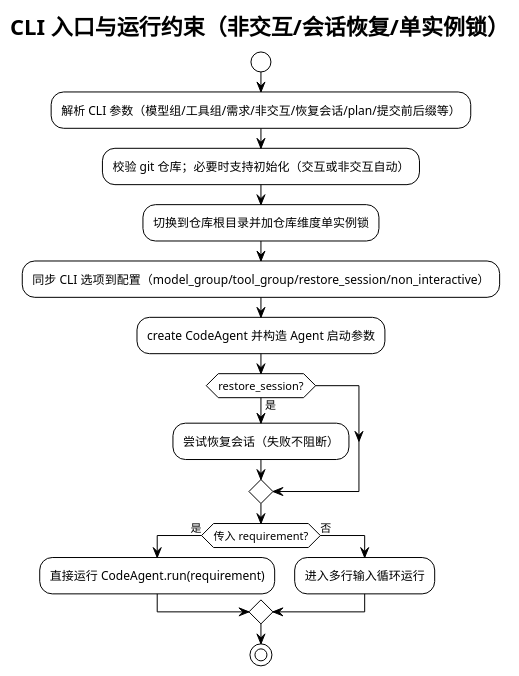
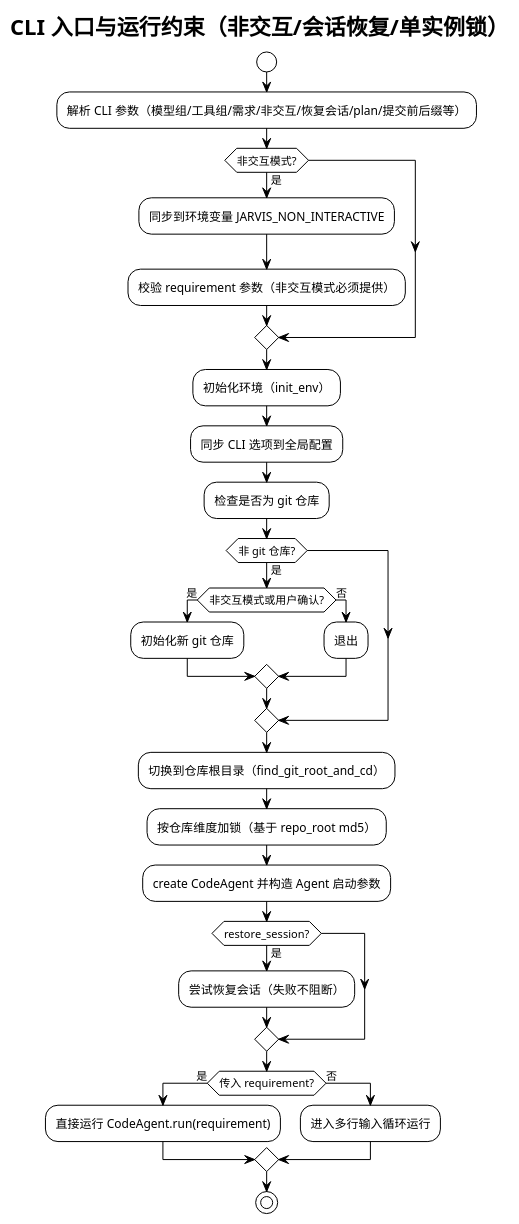
Diagram 27 of 60 in 技术报告.md (skyfireitdiy/Jarvis), drawn with PlantUML before and after one commit. The commit also changed other lines of this file, not shown here.

````diff
--- a/技术报告.md
+++ b/技术报告.md
@@ -1564,22 +1684,35 @@
 ```plantuml
 @startuml
 !theme plain
 title CLI 入口与运行约束（非交互/会话恢复/单实例锁）
 
 start
 :解析 CLI 参数（模型组/工具组/需求/非交互/恢复会话/plan/提交前后缀等）;
-:校验 git 仓库；必要时支持初始化（交互或非交互自动）;
-:切换到仓库根目录并加仓库维度单实例锁;
-:同步 CLI 选项到配置（model_group/tool_group/restore_session/non_interactive）;
+if (非交互模式?) then (是)
+  :同步到环境变量 JARVIS_NON_INTERACTIVE;
+  :校验 requirement 参数（非交互模式必须提供）;
+endif
+:初始化环境（init_env）;
+:同步 CLI 选项到全局配置;
+:检查是否为 git 仓库;
+if (非 git 仓库?) then (是)
+  if (非交互模式或用户确认?) then (是)
+    :初始化新 git 仓库;
+  else (否)
+    :退出;
+  endif
+endif
+:切换到仓库根目录（find_git_root_and_cd）;
+:按仓库维度加锁（基于 repo_root md5）;
 :create CodeAgent 并构造 Agent 启动参数;
 if (restore_session?) then (是)
   :尝试恢复会话（失败不阻断）;
 endif
 if (传入 requirement?) then (是)
   :直接运行 CodeAgent.run(requirement);
 else (否)
   :进入多行输入循环运行;
 endif
 stop
 @enduml
 ```
````
